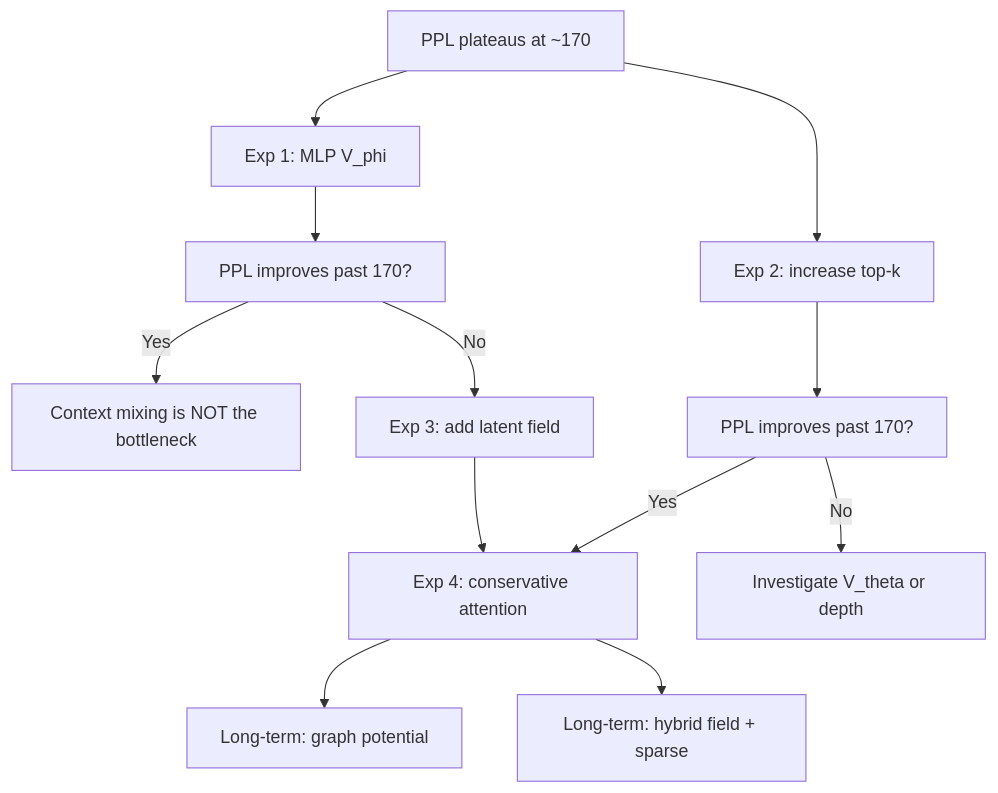
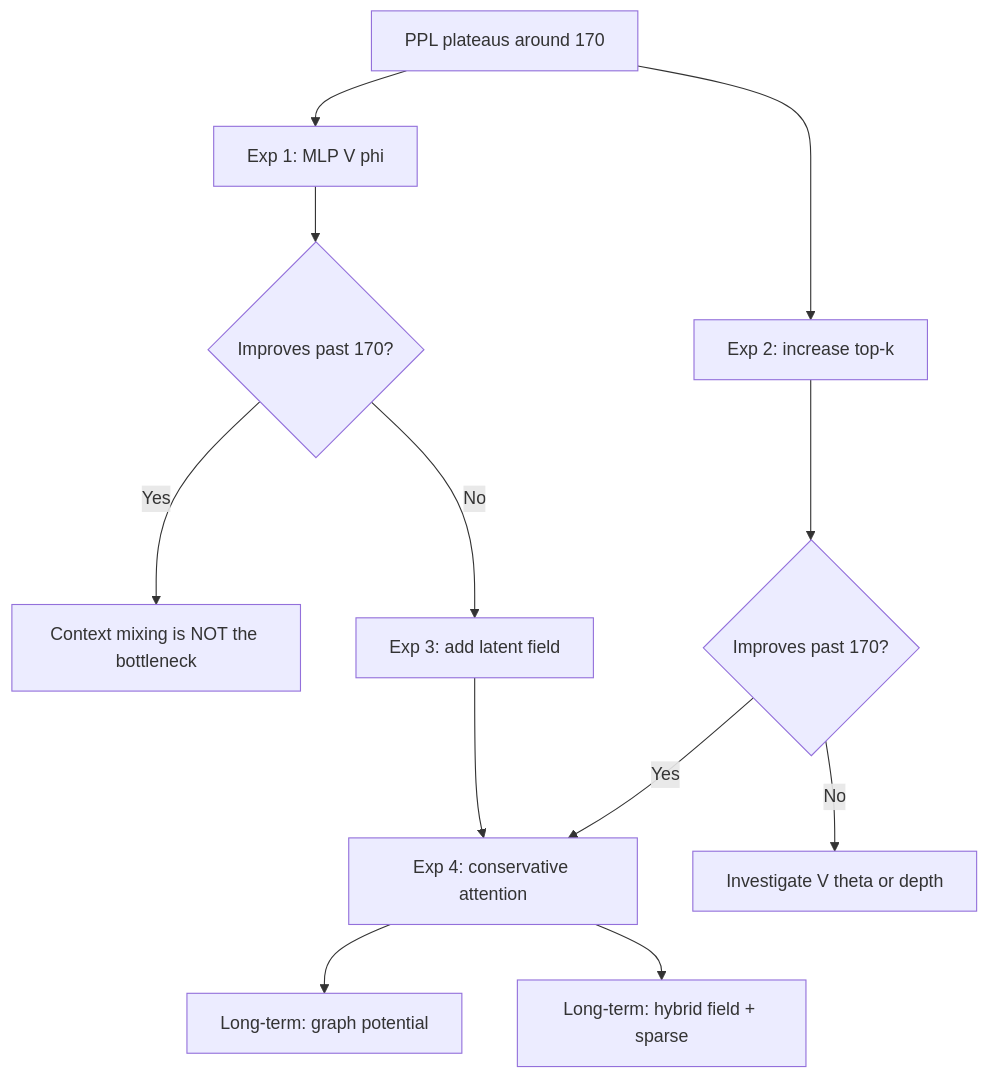
The fifth of 5 diagrams in companion_notes/Context_Mixing_Mechanisms_in_the_Conservative_Framework.md (dimitarpg13/semsimula-paper), drawn with Mermaid before and after one commit. The commit also changed other lines of this file, not shown here.

````diff
--- a/companion_notes/Context_Mixing_Mechanisms_in_the_Conservative_Framework.md
+++ b/companion_notes/Context_Mixing_Mechanisms_in_the_Conservative_Framework.md
@@ -922,26 +922,26 @@
 ```mermaid
 flowchart TB
-    START["PPL plateaus at ~170"]
-    MLP["Exp 1: MLP V_phi"]
+    START["PPL plateaus around 170"]
+    MLP["Exp 1: MLP V phi"]
     TOPK["Exp 2: increase top-k"]
-    PPL1["PPL improves past 170?"]
-    PPL2["PPL improves past 170?"]
+    PPL1{"Improves past 170?"}
+    PPL2{"Improves past 170?"}
     FIELD["Exp 3: add latent field"]
     ATTN["Exp 4: conservative attention"]
     GRAPH["Long-term: graph potential"]
     HYBRID["Long-term: hybrid field + sparse"]
     DONE["Context mixing is NOT the bottleneck"]
-    NEXT["Investigate V_theta or depth"]
+    NEXT["Investigate V theta or depth"]
 
     START --> MLP
     START --> TOPK
     MLP --> PPL1
     TOPK --> PPL2
     PPL1 -->|Yes| DONE
     PPL1 -->|No| FIELD
     PPL2 -->|Yes| ATTN
     PPL2 -->|No| NEXT
     FIELD --> ATTN
     ATTN --> GRAPH
     ATTN --> HYBRID
 ```
````
